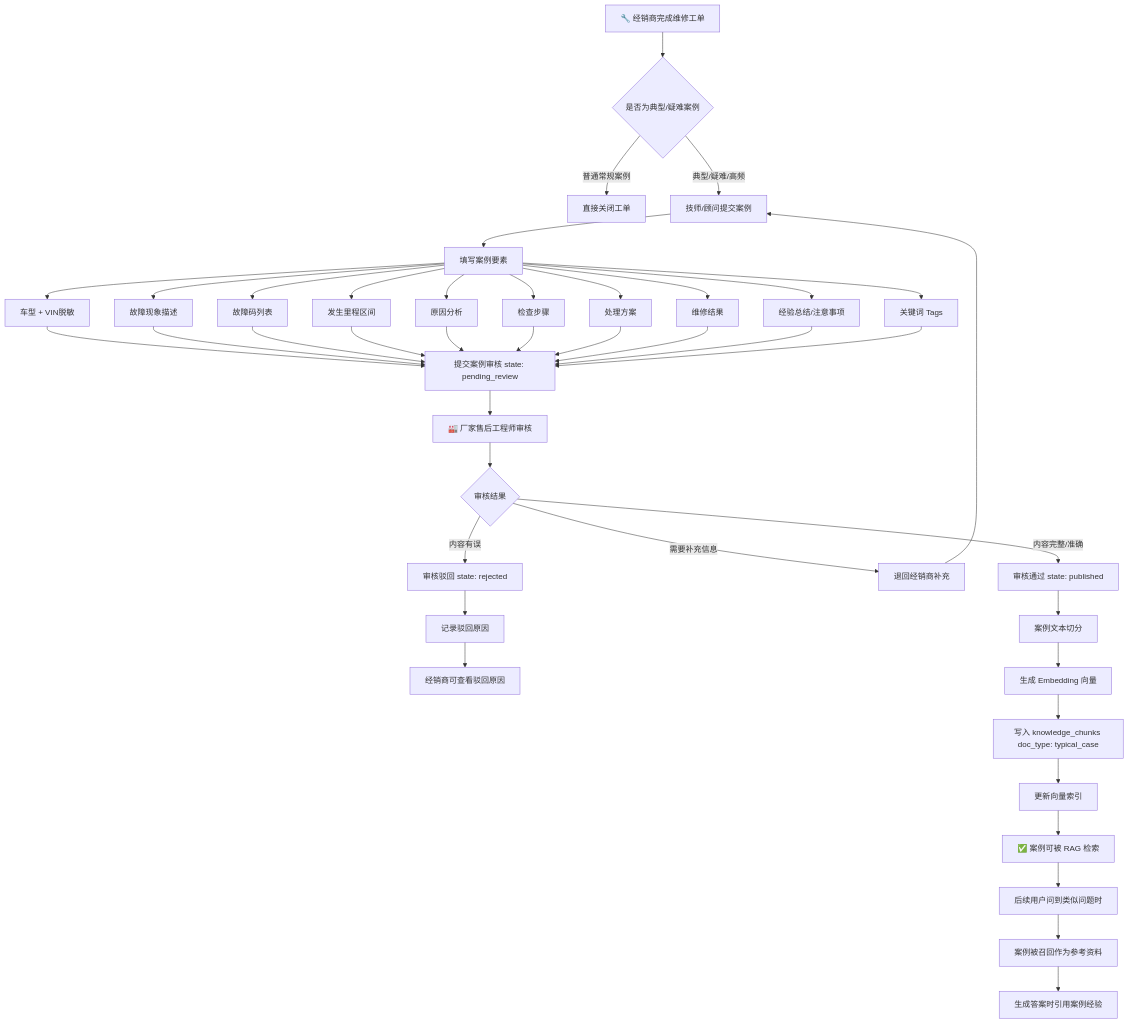
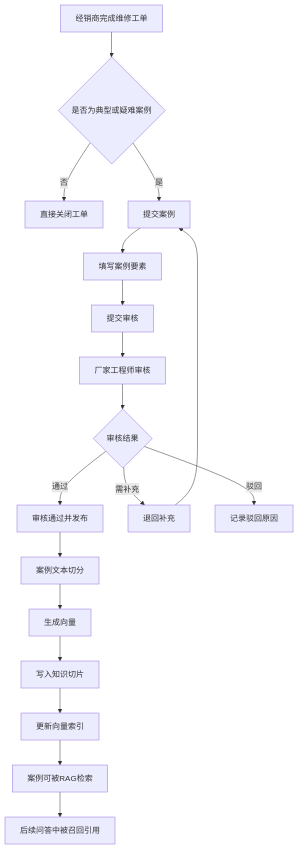
Before and after one commit to evanwusibin/auto-carcrm: the diagram in flows/03_业务流程/09_案例沉淀流程.md, drawn with Mermaid. The commit also changed other lines of this file and 229 other files, not shown here.

````diff
--- a/flows/03_业务流程/09_案例沉淀流程.md
+++ b/flows/03_业务流程/09_案例沉淀流程.md
@@ -11,51 +11,23 @@
 ```mermaid
 flowchart TD
-    A[🔧 经销商完成维修工单] --> B{是否为典型/疑难案例}
-
-    B -- 普通常规案例 --> C[直接关闭工单]
-    B -- 典型/疑难/高频 --> D[技师/顾问提交案例]
+    A[经销商完成维修工单] --> B{是否为典型或疑难案例}
+    B -- 否 --> C[直接关闭工单]
+    B -- 是 --> D[提交案例]
 
     D --> E[填写案例要素]
-    E --> E1[车型 + VIN脱敏]
-    E --> E2[故障现象描述]
-    E --> E3[故障码列表]
-    E --> E4[发生里程区间]
-    E --> E5[原因分析]
-    E --> E6[检查步骤]
-    E --> E7[处理方案]
-    E --> E8[维修结果]
-    E --> E9[经验总结/注意事项]
-    E --> E10[关键词 Tags]
-
-    E1 --> F[提交案例审核 state: pending_review]
-    E2 --> F
-    E3 --> F
-    E4 --> F
-    E5 --> F
-    E6 --> F
-    E7 --> F
-    E8 --> F
-    E9 --> F
-    E10 --> F
-
-    F --> G[🏭 厂家售后工程师审核]
+    E --> F[提交审核]
+    F --> G[厂家工程师审核]
     G --> H{审核结果}
 
-    H -- 内容完整/准确 --> I[审核通过 state: published]
-    H -- 需要补充信息 --> J[退回经销商补充]
-    H -- 内容有误 --> K[审核驳回 state: rejected]
+    H -- 通过 --> I[审核通过并发布]
+    H -- 需补充 --> J[退回补充]
+    H -- 驳回 --> K[记录驳回原因]
+    J --> D
 
-    J --> D
-    K --> L[记录驳回原因]
-    L --> M[经销商可查看驳回原因]
-
-    I --> N[案例文本切分]
-    N --> O[生成 Embedding 向量]
-    O --> P[写入 knowledge_chunks doc_type: typical_case]
-    P --> Q[更新向量索引]
-    Q --> R[✅ 案例可被 RAG 检索]
-
-    R --> S[后续用户问到类似问题时]
-    S --> T[案例被召回作为参考资料]
-    T --> U[生成答案时引用案例经验]
+    I --> L[案例文本切分]
+    L --> M[生成向量]
+    M --> N[写入知识切片]
+    N --> O[更新向量索引]
+    O --> P[案例可被RAG检索]
+    P --> Q[后续问答中被召回引用]
 ```
````
